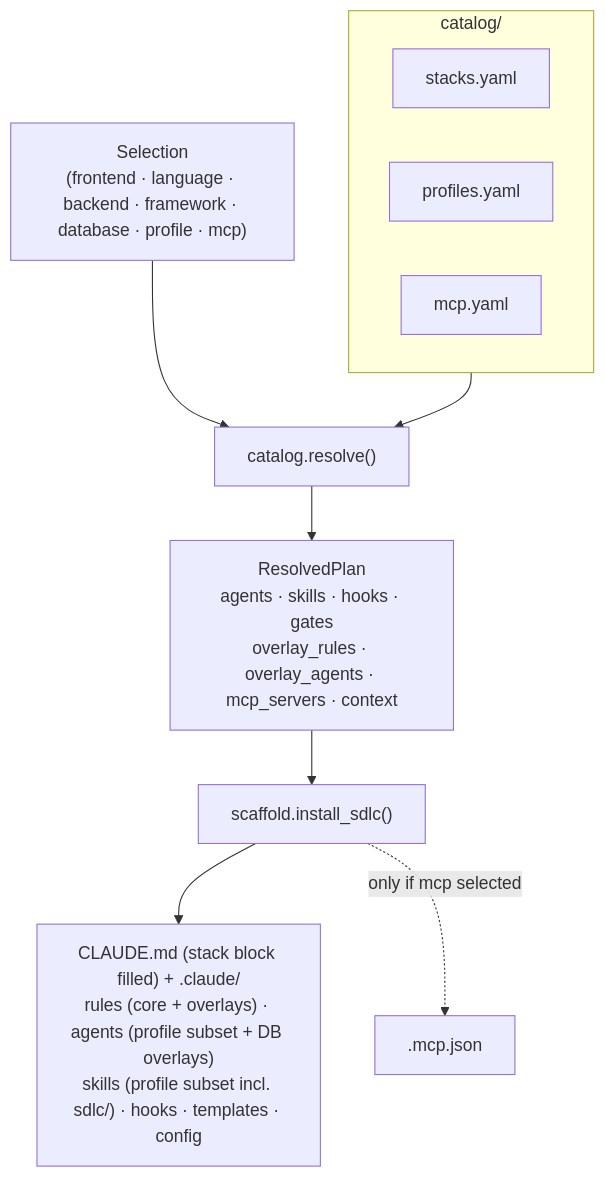
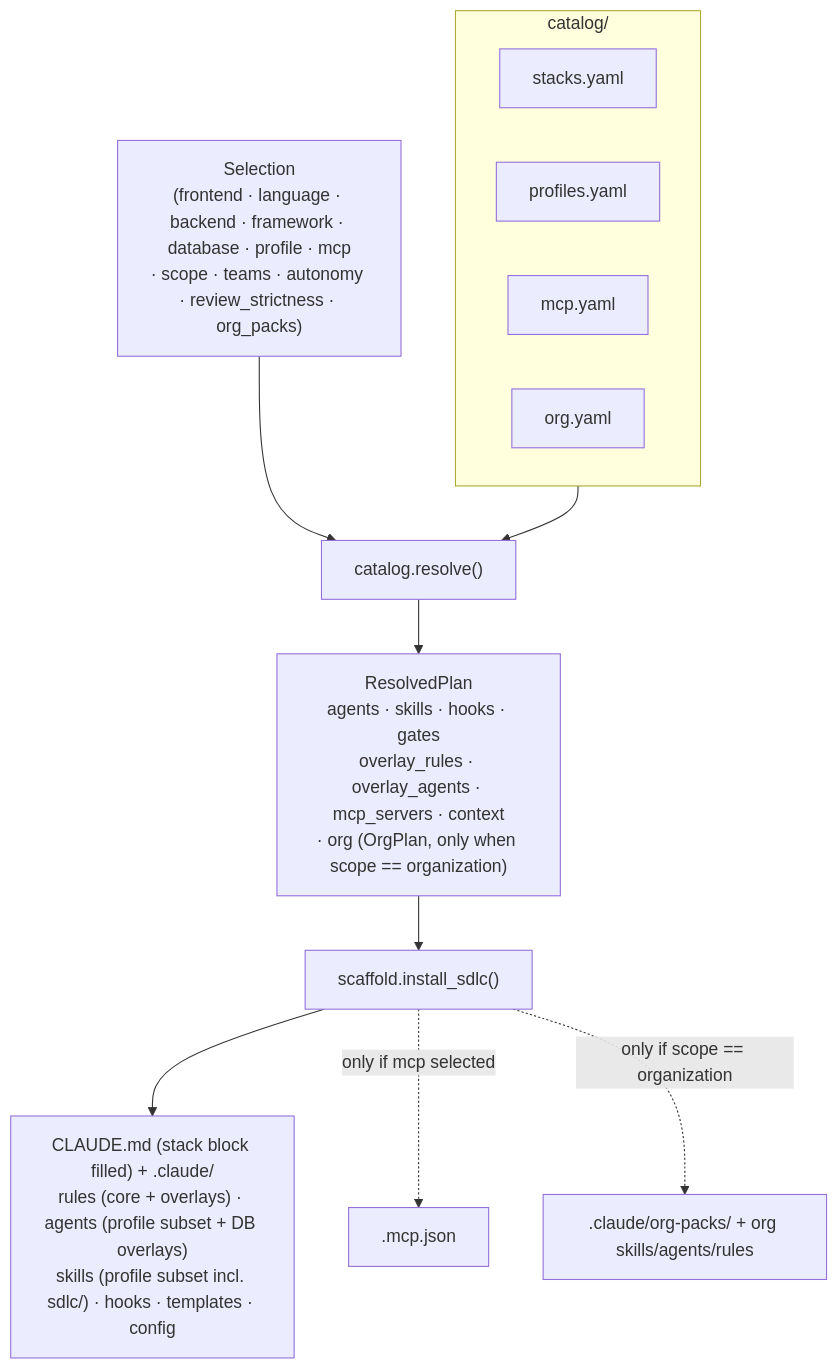
The second of 4 diagrams in docs/architecture.md (ajyadav013/claude-kit), drawn with Mermaid before and after one commit. The commit also changed other lines of this file and 70 other files, not shown here.

````diff
--- a/docs/architecture.md
+++ b/docs/architecture.md
@@ -50,15 +50,17 @@
 ```mermaid
 flowchart TB
-    SEL["Selection<br/>(frontend · language · backend · framework · database · profile · mcp)"]
+    SEL["Selection<br/>(frontend · language · backend · framework · database · profile · mcp<br/>· scope · teams · autonomy · review_strictness · org_packs)"]
     subgraph CAT["catalog/"]
         ST["stacks.yaml"]
         PR["profiles.yaml"]
         MC["mcp.yaml"]
+        OR["org.yaml"]
     end
     SEL --> RESOLVE["catalog.resolve()"]
     CAT --> RESOLVE
-    RESOLVE --> PLAN["ResolvedPlan<br/>agents · skills · hooks · gates<br/>overlay_rules · overlay_agents · mcp_servers · context"]
+    RESOLVE --> PLAN["ResolvedPlan<br/>agents · skills · hooks · gates<br/>overlay_rules · overlay_agents · mcp_servers · context<br/>· org (OrgPlan, only when scope == organization)"]
     PLAN --> INSTALL["scaffold.install_sdlc()"]
     INSTALL --> OUT["CLAUDE.md (stack block filled) + .claude/<br/>rules (core + overlays) · agents (profile subset + DB overlays)<br/>skills (profile subset incl. sdlc/) · hooks · templates · config"]
     INSTALL -.->|"only if mcp selected"| MCPJSON[".mcp.json"]
+    INSTALL -.->|"only if scope == organization"| ORGOUT[".claude/org-packs/ + org skills/agents/rules"]
 ```
````
